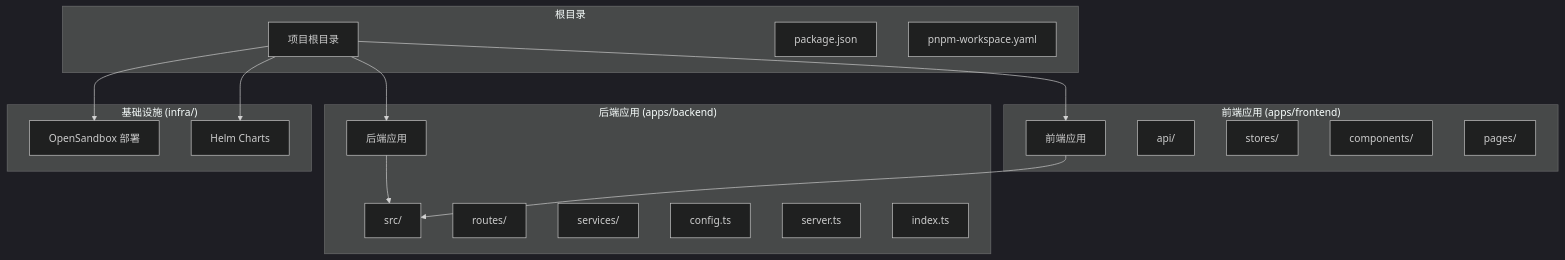
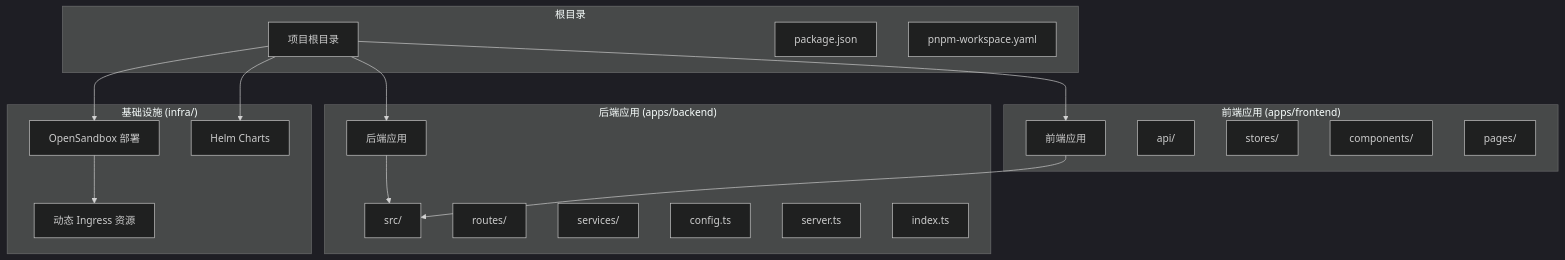
Before and after one commit to RabbitAI-Lab/Sandbox-Manager: the first of 9 diagrams in .qoder/repowiki/zh/content/后端服务详解/域名管理系统.md, drawn with Mermaid (dark theme). The commit also changed other lines of this file and 15 other files, not shown here.

````diff
--- a/.qoder/repowiki/zh/content/后端服务详解/域名管理系统.md
+++ b/.qoder/repowiki/zh/content/后端服务详解/域名管理系统.md
@@ -41,35 +55,37 @@
 ```mermaid
 graph TB
 subgraph "根目录"
 Root[项目根目录]
 Package[package.json]
 Workspace[pnpm-workspace.yaml]
 end
 subgraph "后端应用 (apps/backend)"
 Backend[后端应用]
 Src[src/]
 Routes[routes/]
 Services[services/]
 Config[config.ts]
 Server[server.ts]
 Index[index.ts]
 end
 subgraph "前端应用 (apps/frontend)"
 Frontend[前端应用]
 Src[src/]
 API[api/]
 Stores[stores/]
 Components[components/]
 Pages[pages/]
 end
 subgraph "基础设施 (infra/)"
 Opensandbox[OpenSandbox 部署]
 Helm[Helm Charts]
+Ingress[动态 Ingress 资源]
 end
 Root --> Backend
 Root --> Frontend
 Root --> Opensandbox
 Root --> Helm
 Backend --> Src
 Frontend --> Src
+Opensandbox --> Ingress
 ```
````
